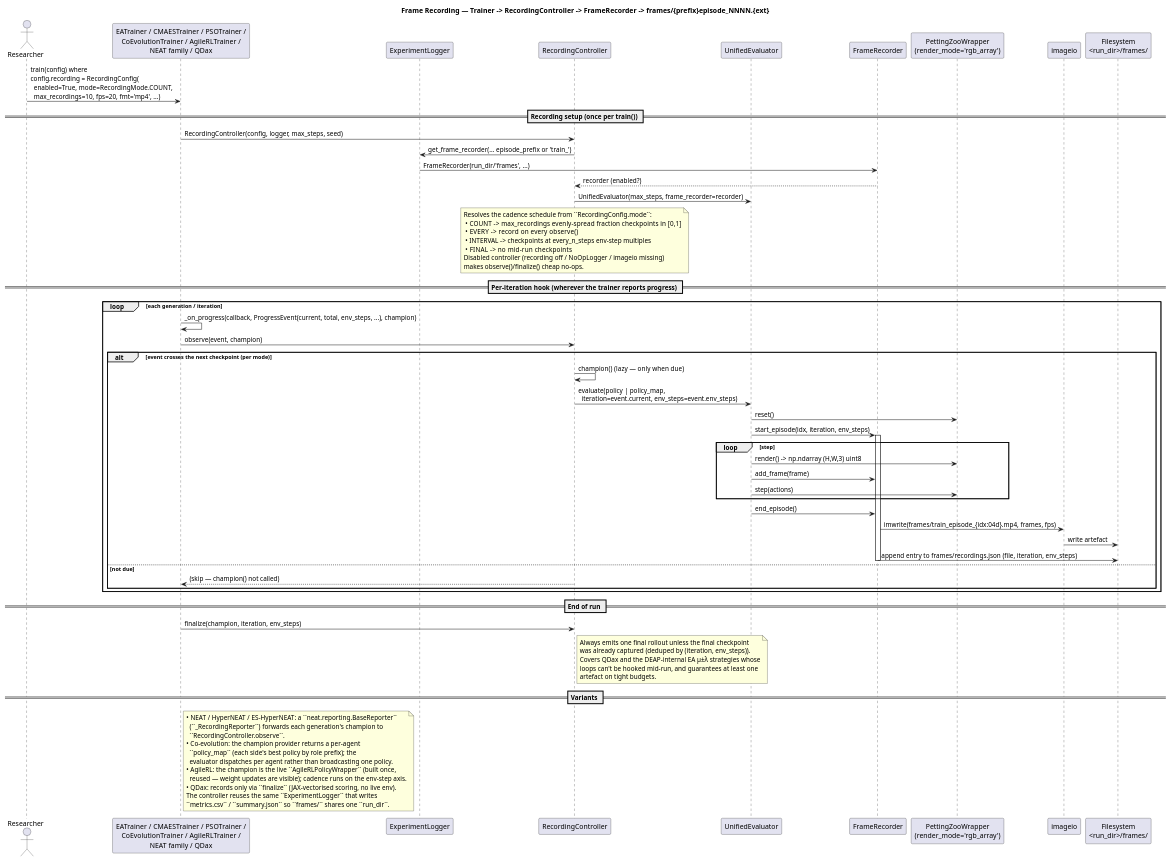
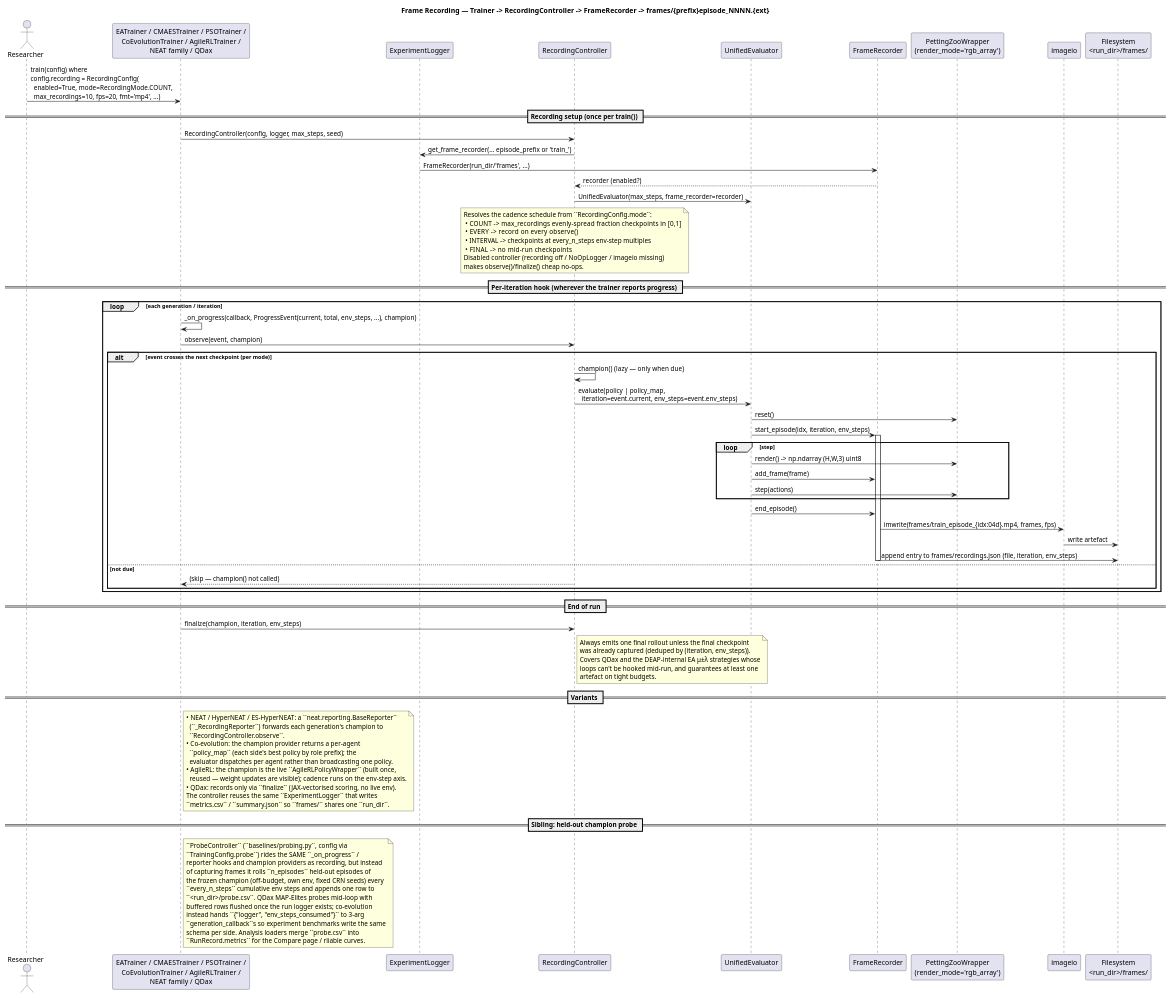
Before and after one commit to Alex180504/DEAP-Zoo-bridge: the diagram in docs/UML/sequence_frame_recording.puml, drawn with PlantUML. The commit also changed 16 other files, not shown here.

Commit message:
Add held-out eval probing

```diff
--- a/docs/UML/sequence_frame_recording.puml
+++ b/docs/UML/sequence_frame_recording.puml
@@ -1,81 +1,97 @@
 @startuml sequence_frame_recording
 title Frame Recording — Trainer -> RecordingController -> FrameRecorder -> frames/{prefix}episode_NNNN.{ext}
 
 actor "Researcher" as R
 participant "EATrainer / CMAESTrainer / PSOTrainer /\nCoEvolutionTrainer / AgileRLTrainer /\nNEAT family / QDax" as T
 participant "ExperimentLogger" as EL
 participant "RecordingController" as RC
 participant "UnifiedEvaluator" as UE
 participant "FrameRecorder" as FR
 participant "PettingZooWrapper\n(render_mode='rgb_array')" as PZ
 participant "imageio" as IO
 participant "Filesystem\n<run_dir>/frames/" as FS
 
 R -> T: train(config) where\nconfig.recording = RecordingConfig(\n  enabled=True, mode=RecordingMode.COUNT,\n  max_recordings=10, fps=20, fmt='mp4', ...)
 
 == Recording setup (once per train()) ==
 T -> RC: RecordingController(config, logger, max_steps, seed)
 RC -> EL: get_frame_recorder(... episode_prefix or 'train_')
 EL -> FR: FrameRecorder(run_dir/'frames', ...)
 FR --> RC: recorder (enabled?)
 RC -> UE: UnifiedEvaluator(max_steps, frame_recorder=recorder)
 note over RC
   Resolves the cadence schedule from ``RecordingConfig.mode``:
    • COUNT    -> max_recordings evenly-spread fraction checkpoints in [0,1]
    • EVERY    -> record on every observe()
    • INTERVAL -> checkpoints at every_n_steps env-step multiples
    • FINAL    -> no mid-run checkpoints
   Disabled controller (recording off / NoOpLogger / imageio missing)
   makes observe()/finalize() cheap no-ops.
 end note
 
 == Per-iteration hook (wherever the trainer reports progress) ==
 loop each generation / iteration
     T -> T: _on_progress(callback, ProgressEvent(current, total, env_steps, ...), champion)
     T -> RC: observe(event, champion)
     alt event crosses the next checkpoint (per mode)
         RC -> RC: champion()  (lazy — only when due)
         RC -> UE: evaluate(policy | policy_map,\n  iteration=event.current, env_steps=event.env_steps)
         UE -> PZ: reset()
         UE -> FR: start_episode(idx, iteration, env_steps)
         activate FR
         loop step
             UE -> PZ: render() -> np.ndarray (H,W,3) uint8
             UE -> FR: add_frame(frame)
             UE -> PZ: step(actions)
         end
         UE -> FR: end_episode()
         FR -> IO: imwrite(frames/train_episode_{idx:04d}.mp4, frames, fps)
         IO -> FS: write artefact
         FR -> FS: append entry to frames/recordings.json (file, iteration, env_steps)
         deactivate FR
     else not due
         RC --> T: (skip — champion() not called)
     end
 end
 
 == End of run ==
 T -> RC: finalize(champion, iteration, env_steps)
 note right of RC
   Always emits one final rollout unless the final checkpoint
   was already captured (deduped by (iteration, env_steps)).
   Covers QDax and the DEAP-internal EA μ±λ strategies whose
   loops can't be hooked mid-run, and guarantees at least one
   artefact on tight budgets.
 end note
 
 == Variants ==
 note right of T
   • NEAT / HyperNEAT / ES-HyperNEAT: a ``neat.reporting.BaseReporter``
     (``_RecordingReporter``) forwards each generation's champion to
     ``RecordingController.observe``.
   • Co-evolution: the champion provider returns a per-agent
     ``policy_map`` (each side's best policy by role prefix); the
     evaluator dispatches per agent rather than broadcasting one policy.
   • AgileRL: the champion is the live ``AgileRLPolicyWrapper`` (built once,
     reused — weight updates are visible); cadence runs on the env-step axis.
   • QDax: records only via ``finalize`` (JAX-vectorised scoring, no live env).
   The controller reuses the same ``ExperimentLogger`` that writes
   ``metrics.csv`` / ``summary.json`` so ``frames/`` shares one ``run_dir``.
 end note
+
+== Sibling: held-out champion probe ==
+note right of T
+  ``ProbeController`` (``baselines/probing.py``, config via
+  ``TrainingConfig.probe``) rides the SAME ``_on_progress`` /
+  reporter hooks and champion providers as recording, but instead
+  of capturing frames it rolls ``n_episodes`` held-out episodes of
+  the frozen champion (off-budget, own env, fixed CRN seeds) every
+  ``every_n_steps`` cumulative env steps and appends one row to
+  ``<run_dir>/probe.csv``. QDax MAP-Elites probes mid-loop with
+  buffered rows flushed once the run logger exists; co-evolution
+  instead hands ``{"logger", "env_steps_consumed"}`` to 3-arg
+  ``generation_callback``s so experiment benchmarks write the same
+  schema per side. Analysis loaders merge ``probe.csv`` into
+  ``RunRecord.metrics`` for the Compare page / rliable curves.
+end note
 @enduml
```
